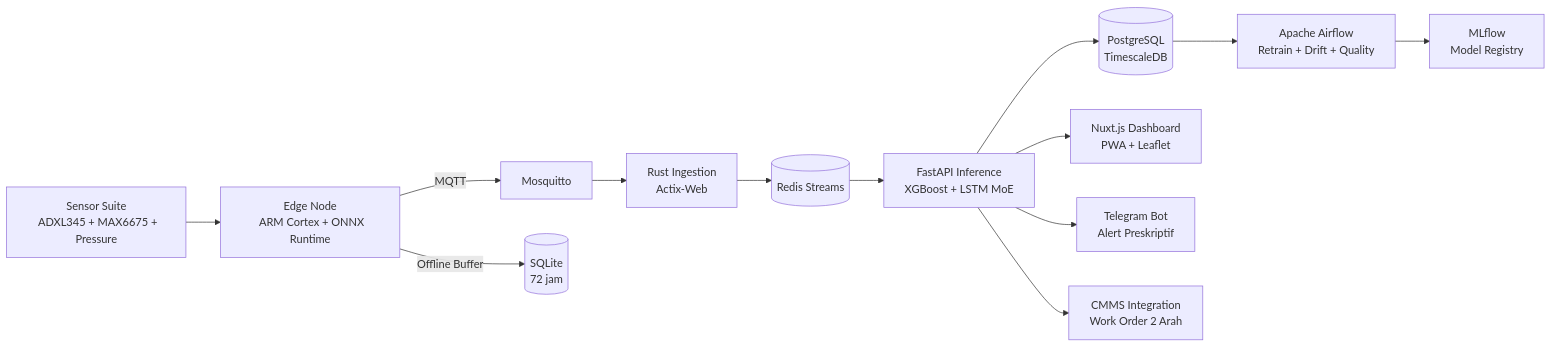
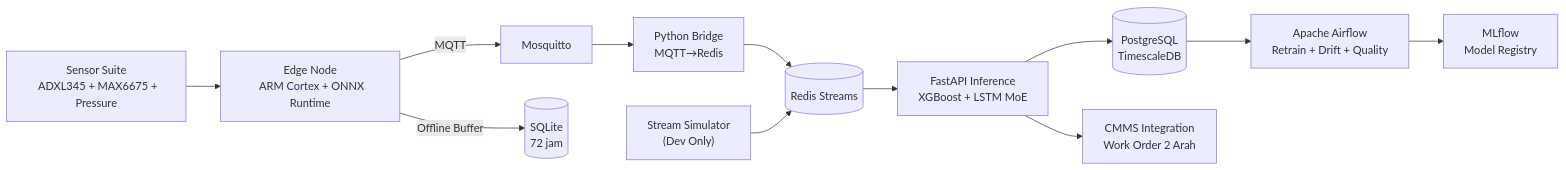
The diagram in README.md (virgiawanprima/pratyaksa), drawn with Mermaid before and after one commit. The commit also changed other lines of this file, not shown here.

Commit message:
docs: revise README sesuai kondisi proyek terbaru (11 services, dev container, Python bridge, no Nuxt/Rust)

````diff
--- a/README.md
+++ b/README.md
@@ -129,26 +121,24 @@
 ```mermaid
 flowchart LR
   Sensor["Sensor Suite
   ADXL345 + MAX6675 + Pressure"] --> Edge["Edge Node
   ARM Cortex + ONNX Runtime"]
   Edge -->|MQTT| Mosquitto
   Edge -->|Offline Buffer| SQLite[(SQLite
   72 jam)]
-  Mosquitto --> Rust["Rust Ingestion
-  Actix-Web"]
-  Rust --> Redis[(Redis Streams)]
+  Mosquitto --> Bridge["Python Bridge
+  MQTT→Redis"]
+  Bridge --> Redis[(Redis Streams)]
   Redis --> API["FastAPI Inference
   XGBoost + LSTM MoE"]
   API --> PG[(PostgreSQL
   TimescaleDB)]
-  API --> Nuxt["Nuxt.js Dashboard
-  PWA + Leaflet"]
-  API --> Bot["Telegram Bot
-  Alert Preskriptif"]
+  Sim["Stream Simulator
+  (Dev Only)"] --> Redis
   API --> CMMS["CMMS Integration
   Work Order 2 Arah"]
   PG --> Airflow["Apache Airflow
   Retrain + Drift + Quality"]
   Airflow --> MLflow["MLflow
   Model Registry"]
 ```
````
